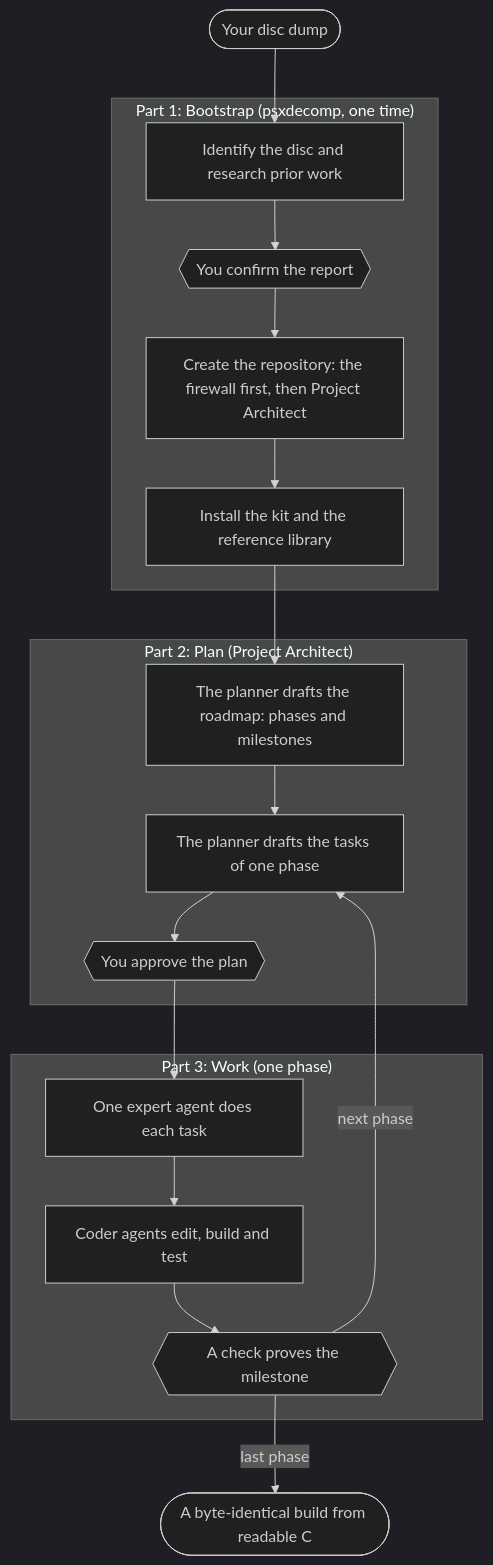
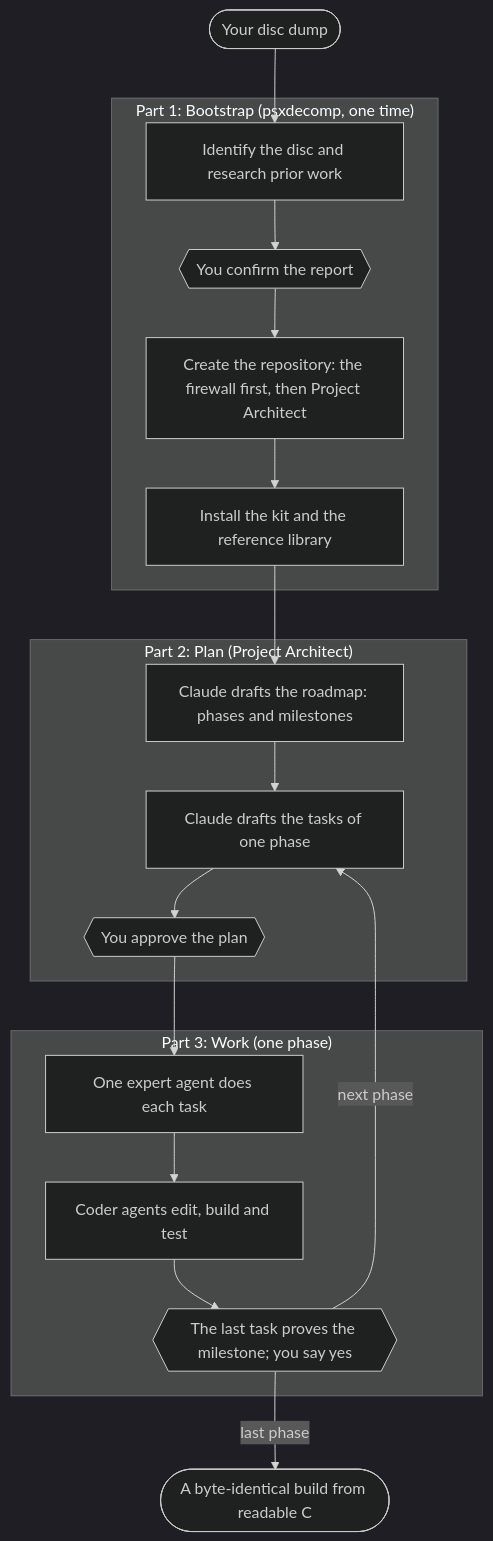
One commit to anzaldoivan/psxdecomp changed the diagram in README.md. Above: the diagram before and after it, drawn with Mermaid (dark theme). The commit also changed other lines of this file and 57 other files, not shown here.

````diff
--- a/README.md
+++ b/README.md
@@ -52,31 +52,31 @@
 ```mermaid
 flowchart TD
     dump(["Your disc dump"]) --> b1
 
     subgraph boot["Part 1: Bootstrap (psxdecomp, one time)"]
         b1["Identify the disc and research prior work"]
         b2{{"You confirm the report"}}
         b3["Create the repository: the firewall first, then Project Architect"]
         b4["Install the kit and the reference library"]
         b1 --> b2 --> b3 --> b4
     end
 
     subgraph plan["Part 2: Plan (Project Architect)"]
-        p1["The planner drafts the roadmap: phases and milestones"]
-        p2["The planner drafts the tasks of one phase"]
+        p1["Claude drafts the roadmap: phases and milestones"]
+        p2["Claude drafts the tasks of one phase"]
         p3{{"You approve the plan"}}
         p1 --> p2 --> p3
     end
 
     subgraph work["Part 3: Work (one phase)"]
         w1["One expert agent does each task"]
         w2["Coder agents edit, build and test"]
-        w3{{"A check proves the milestone"}}
+        w3{{"The last task proves the milestone; you say yes"}}
         w1 --> w2 --> w3
     end
 
     b4 --> p1
     p3 --> w1
     w3 -- "next phase" --> p2
     w3 -- "last phase" --> done(["A byte-identical build from readable C"])
 ```
````
